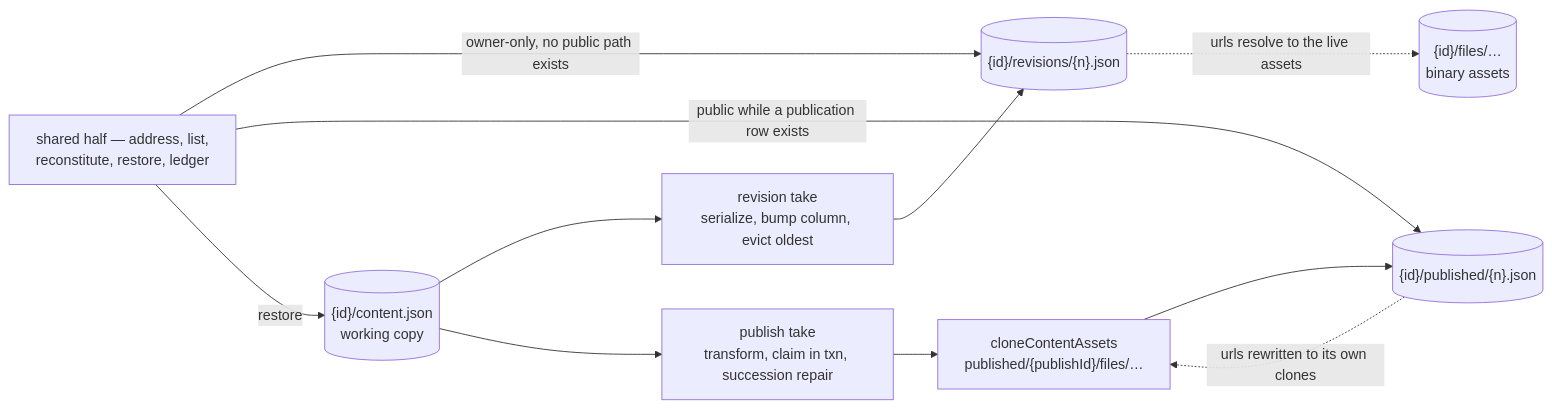
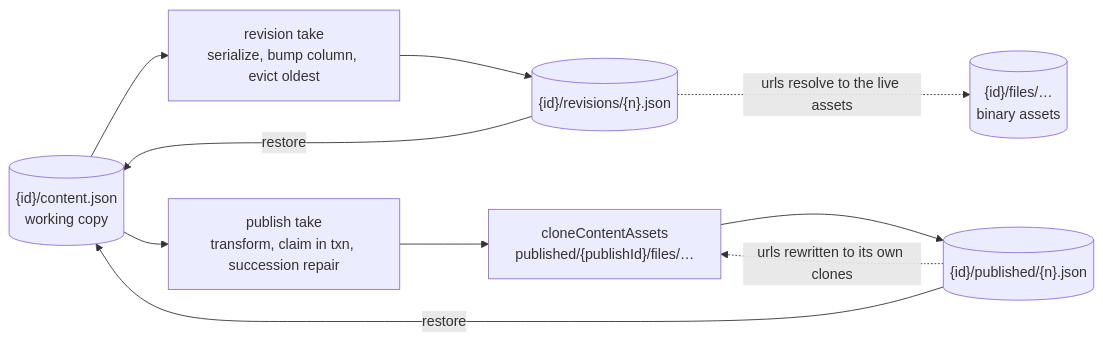
Before and after one commit to Esposter/Esposter: the first of 2 diagrams in packages/app/content/docs/platform/resource-snapshots.md, drawn with Mermaid. The commit also changed other lines of this file and 6 other files, not shown here.

````diff
--- a/packages/app/content/docs/platform/resource-snapshots.md
+++ b/packages/app/content/docs/platform/resource-snapshots.md
@@ -54,20 +51,17 @@
 ```mermaid
 flowchart LR
   WORK[("{id}/content.json<br/>working copy")]
   FILES[("{id}/files/…<br/>binary assets")]
 
   WORK --> TAKEREV["revision take<br/>serialize, bump column, evict oldest"]
   WORK --> TAKEPUB["publish take<br/>transform, claim in txn, succession repair"]
 
   TAKEREV --> REV[("{id}/revisions/{n}.json")]
   TAKEPUB --> CLONE["cloneContentAssets<br/>published/{publishId}/files/…"]
   CLONE --> PUB[("{id}/published/{n}.json")]
 
   REV -.->|"urls resolve to the live assets"| FILES
   PUB -.->|"urls rewritten to its own clones"| CLONE
-
-  SHARED["shared half — address, list,<br/>reconstitute, restore, ledger"]
-  SHARED -->|"owner-only, no public path exists"| REV
-  SHARED -->|"public while a publication row exists"| PUB
-  SHARED -->|restore| WORK
+  REV -->|restore| WORK
+  PUB -->|restore| WORK
 ```
````
